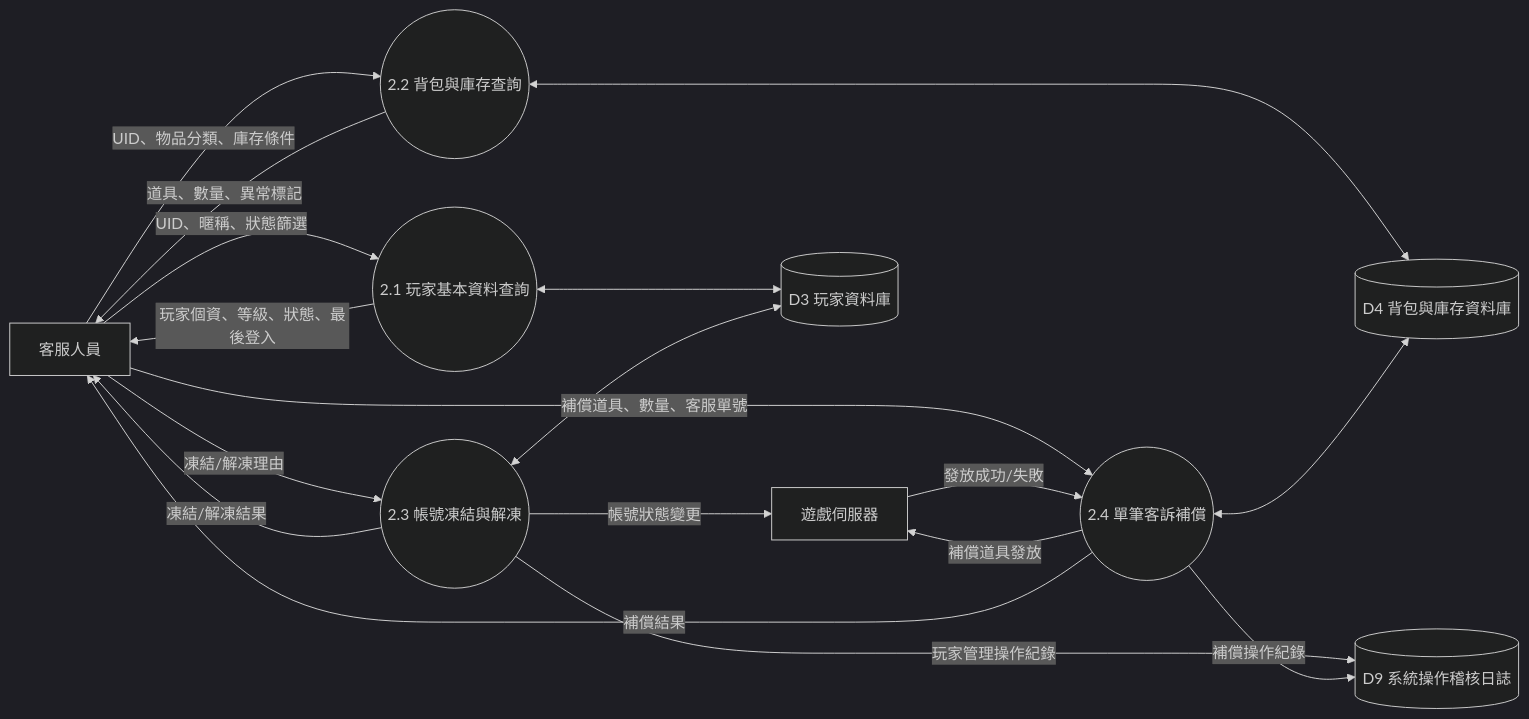
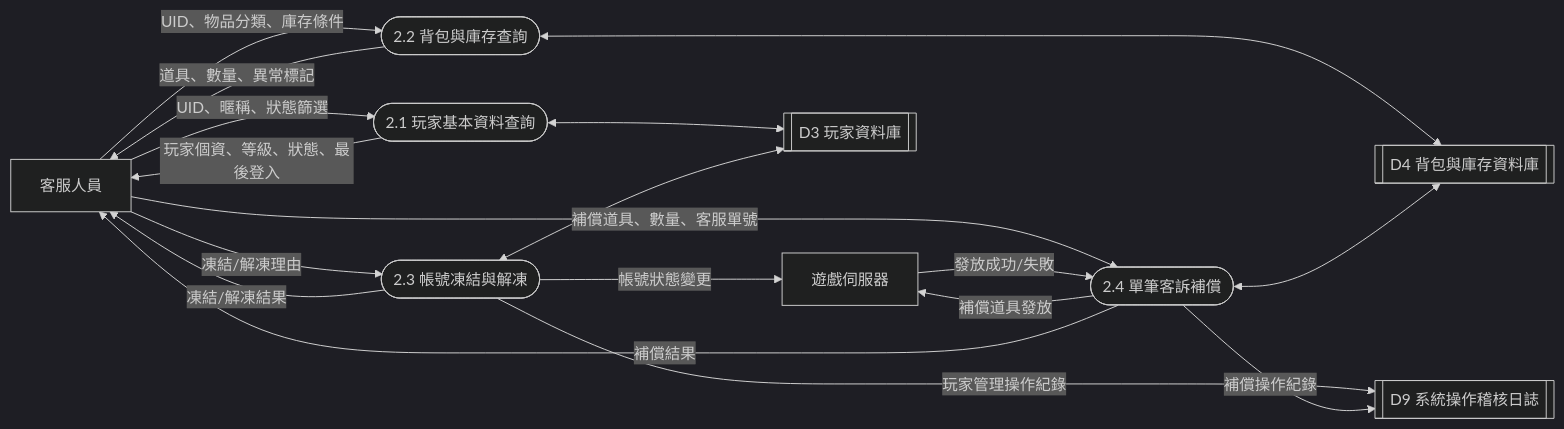
The fifth of 9 diagrams in docs/dfd-diagrams.md (benson927/LINE_FARM), drawn with Mermaid (dark theme) before and after one commit. The commit also changed other lines of this file, not shown here.

Commit message:
Update DFD diagram notation style

````diff
--- a/docs/dfd-diagrams.md
+++ b/docs/dfd-diagrams.md
@@ -215,33 +224,33 @@
 ```mermaid
 flowchart LR
   Support[客服人員]
   GameServer[遊戲伺服器]
-  P21((2.1 玩家基本資料查詢))
-  P22((2.2 背包與庫存查詢))
-  P23((2.3 帳號凍結與解凍))
-  P24((2.4 單筆客訴補償))
-  D3[(D3 玩家資料庫)]
-  D4[(D4 背包與庫存資料庫)]
-  D9[(D9 系統操作稽核日誌)]
+  P21([2.1 玩家基本資料查詢])
+  P22([2.2 背包與庫存查詢])
+  P23([2.3 帳號凍結與解凍])
+  P24([2.4 單筆客訴補償])
+  D3[[D3 玩家資料庫]]
+  D4[[D4 背包與庫存資料庫]]
+  D9[[D9 系統操作稽核日誌]]
 
   Support -->|UID、暱稱、狀態篩選| P21
   P21 <--> D3
   P21 -->|玩家個資、等級、狀態、最後登入| Support
 
   Support -->|UID、物品分類、庫存條件| P22
   P22 <--> D4
   P22 -->|道具、數量、異常標記| Support
 
   Support -->|凍結/解凍理由| P23
   P23 <--> D3
   P23 -->|帳號狀態變更| GameServer
   P23 -->|凍結/解凍結果| Support
   P23 -->|玩家管理操作紀錄| D9
 
   Support -->|補償道具、數量、客服單號| P24
   P24 <--> D4
   P24 -->|補償道具發放| GameServer
   GameServer -->|發放成功/失敗| P24
   P24 -->|補償結果| Support
   P24 -->|補償操作紀錄| D9
 ```
````
